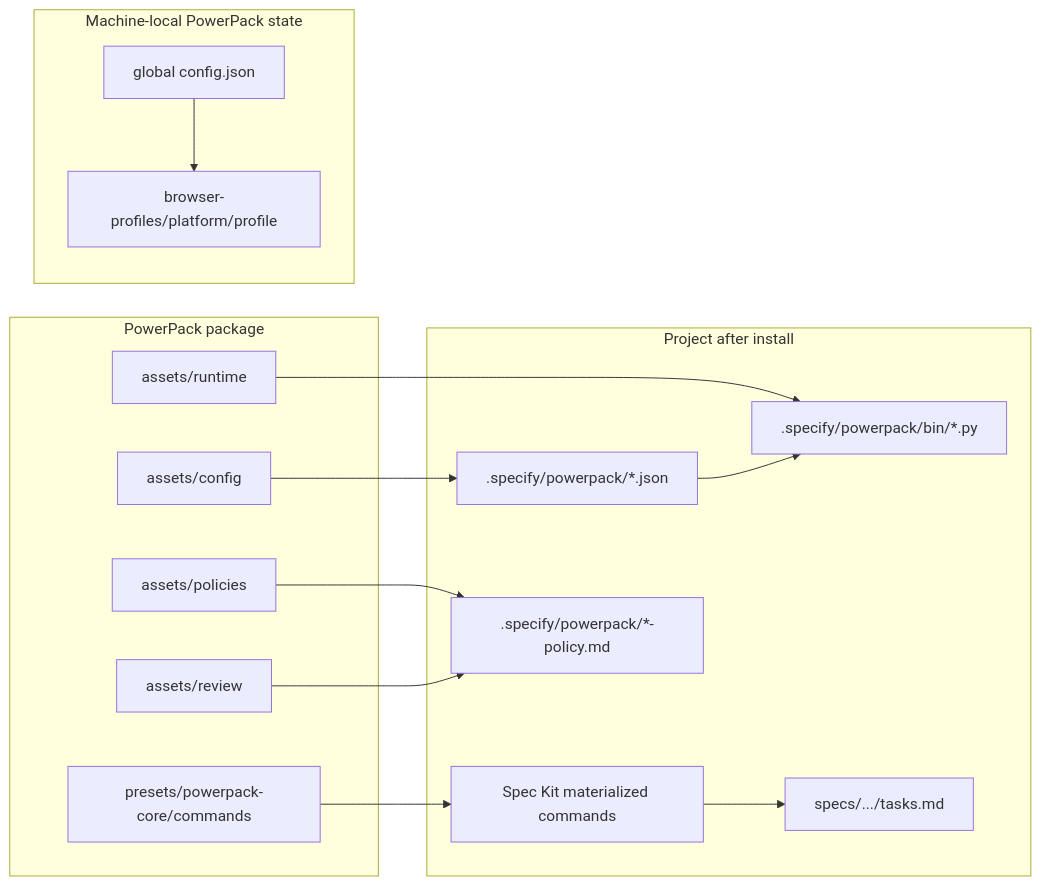
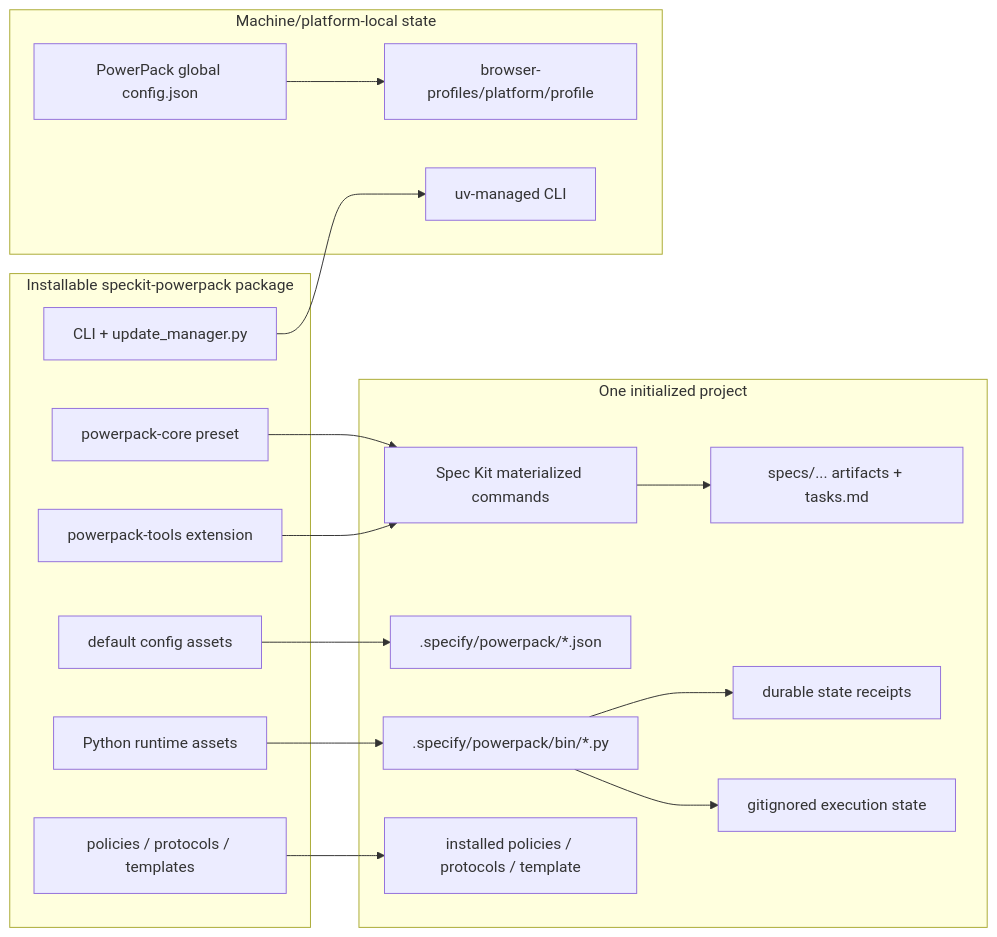
The first of 10 diagrams in docs/PROCESS_ARCHITECTURE.md (ds1david/speckit-powerpack), drawn with Mermaid before and after one commit. The commit also changed other lines of this file, not shown here.

````diff
--- a/docs/PROCESS_ARCHITECTURE.md
+++ b/docs/PROCESS_ARCHITECTURE.md
@@ -134,32 +23,38 @@
 ```mermaid
 flowchart LR
-    subgraph PKG[PowerPack package]
-        PRESET[presets/powerpack-core/commands]
-        CFG[assets/config]
-        RT[assets/runtime]
-        POL[assets/policies]
-        RPROTO[assets/review]
+    subgraph PKG[Installable speckit-powerpack package]
+        PRESET[powerpack-core preset]
+        EXT[powerpack-tools extension]
+        CFG[default config assets]
+        RT[Python runtime assets]
+        POL[policies / protocols / templates]
+        CLI[CLI + update_manager.py]
     end
 
-    subgraph PROJECT[Project after install]
+    subgraph PROJECT[One initialized project]
         CMD[Spec Kit materialized commands]
-        PPCFG[.specify/powerpack/*.json]
+        PCFG[.specify/powerpack/*.json]
         BIN[.specify/powerpack/bin/*.py]
-        DOCS[.specify/powerpack/*-policy.md]
-        SPEC[specs/.../tasks.md]
+        PDOC[installed policies / protocols / template]
+        SPEC[specs/... artifacts + tasks.md]
+        PSTATE[durable state receipts]
+        RSTATE[gitignored execution state]
     end
 
-    subgraph GLOBAL[Machine-local PowerPack state]
-        GCFG[global config.json]
-        BP[browser-profiles/platform/profile]
+    subgraph MACHINE[Machine/platform-local state]
+        GCFG[PowerPack global config.json]
+        AUTH[browser-profiles/platform/profile]
+        TOOL[uv-managed CLI]
     end
 
     PRESET --> CMD
-    CFG --> PPCFG
+    EXT --> CMD
+    CFG --> PCFG
     RT --> BIN
-    POL --> DOCS
-    RPROTO --> DOCS
+    POL --> PDOC
+    CLI --> TOOL
     CMD --> SPEC
-    PPCFG --> BIN
-    GCFG --> BP
+    BIN --> PSTATE
+    BIN --> RSTATE
+    GCFG --> AUTH
 ```
````
